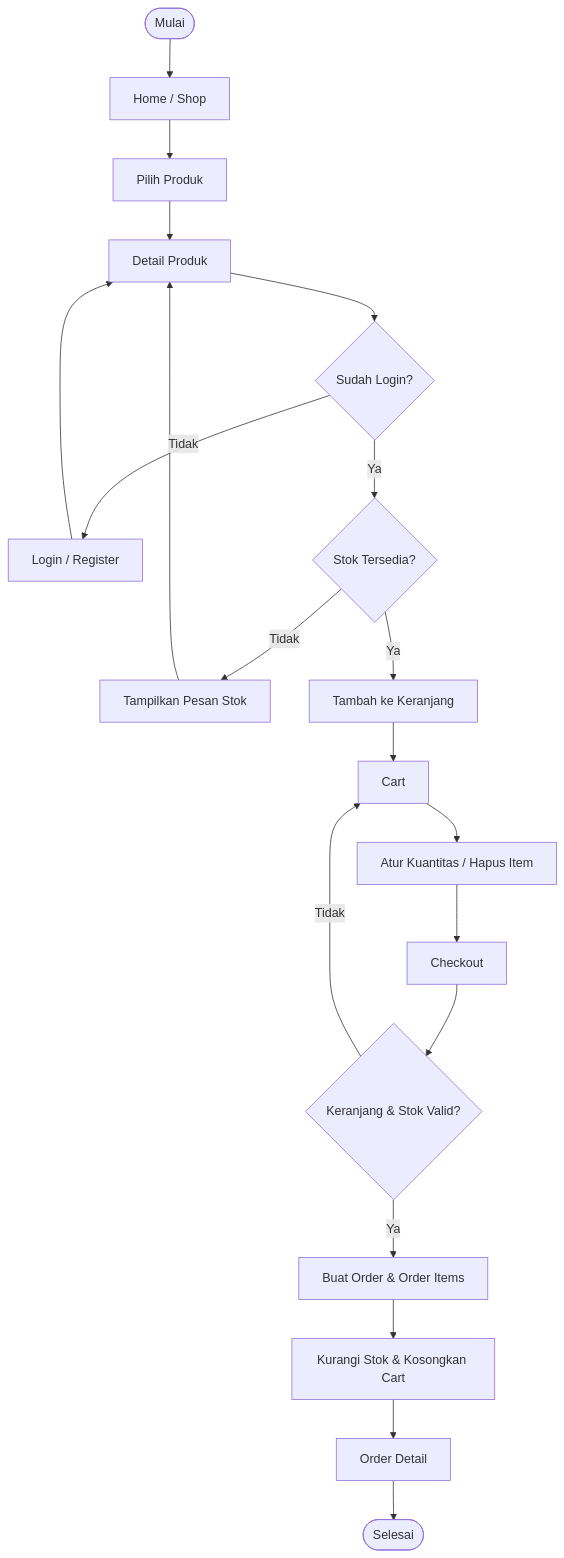
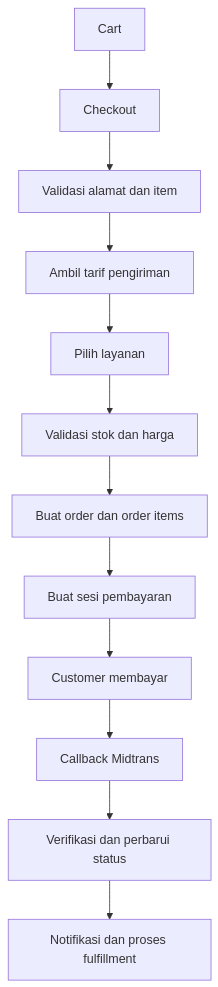
One commit to jerrycodev/eduwork-batch-10 changed the second of 3 diagrams in ecommerce10/docs/PRESENTATION.md. Above: the diagram before and after it, drawn with Mermaid. The commit also changed other lines of this file and 9 other files, not shown here.

````diff
--- a/ecommerce10/docs/PRESENTATION.md
+++ b/ecommerce10/docs/PRESENTATION.md
@@ -1011,22 +276,14 @@
 ```mermaid
 flowchart TD
-    A([Mulai]) --> B[Home / Shop]
-    B --> C[Pilih Produk]
-    C --> D[Detail Produk]
-    D --> E{Sudah Login?}
-    E -- Tidak --> F[Login / Register]
-    F --> D
-    E -- Ya --> G{Stok Tersedia?}
-    G -- Tidak --> H[Tampilkan Pesan Stok]
-    H --> D
-    G -- Ya --> I[Tambah ke Keranjang]
-    I --> J[Cart]
-    J --> K[Atur Kuantitas / Hapus Item]
-    K --> L[Checkout]
-    L --> M{Keranjang & Stok Valid?}
-    M -- Tidak --> J
-    M -- Ya --> N[Buat Order & Order Items]
-    N --> O[Kurangi Stok & Kosongkan Cart]
-    O --> P[Order Detail]
-    P --> Q([Selesai])
+    A[Cart] --> B[Checkout]
+    B --> C[Validasi alamat dan item]
+    C --> D[Ambil tarif pengiriman]
+    D --> E[Pilih layanan]
+    E --> F[Validasi stok dan harga]
+    F --> G[Buat order dan order items]
+    G --> H[Buat sesi pembayaran]
+    H --> I[Customer membayar]
+    I --> J[Callback Midtrans]
+    J --> K[Verifikasi dan perbarui status]
+    K --> L[Notifikasi dan proses fulfillment]
 ```
````
